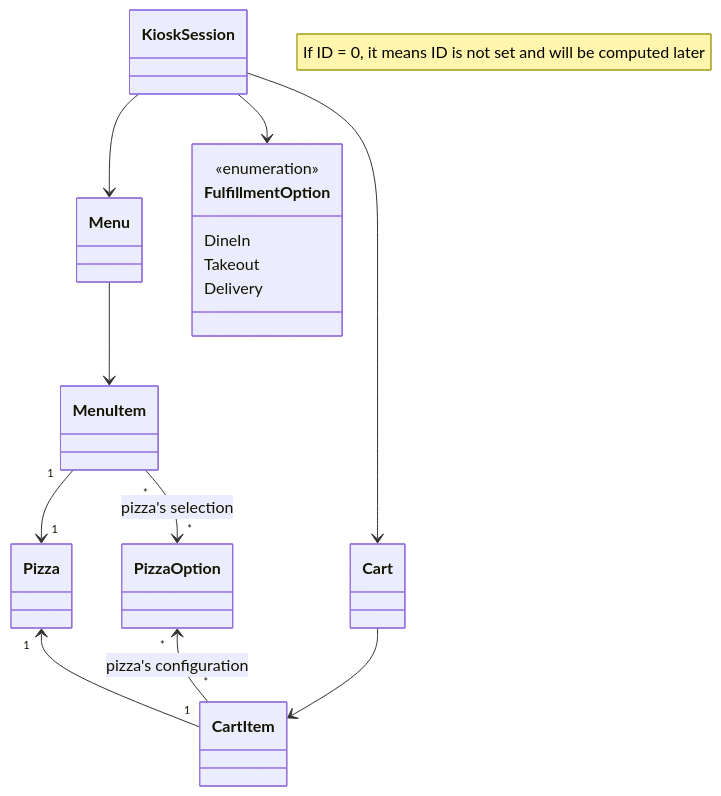
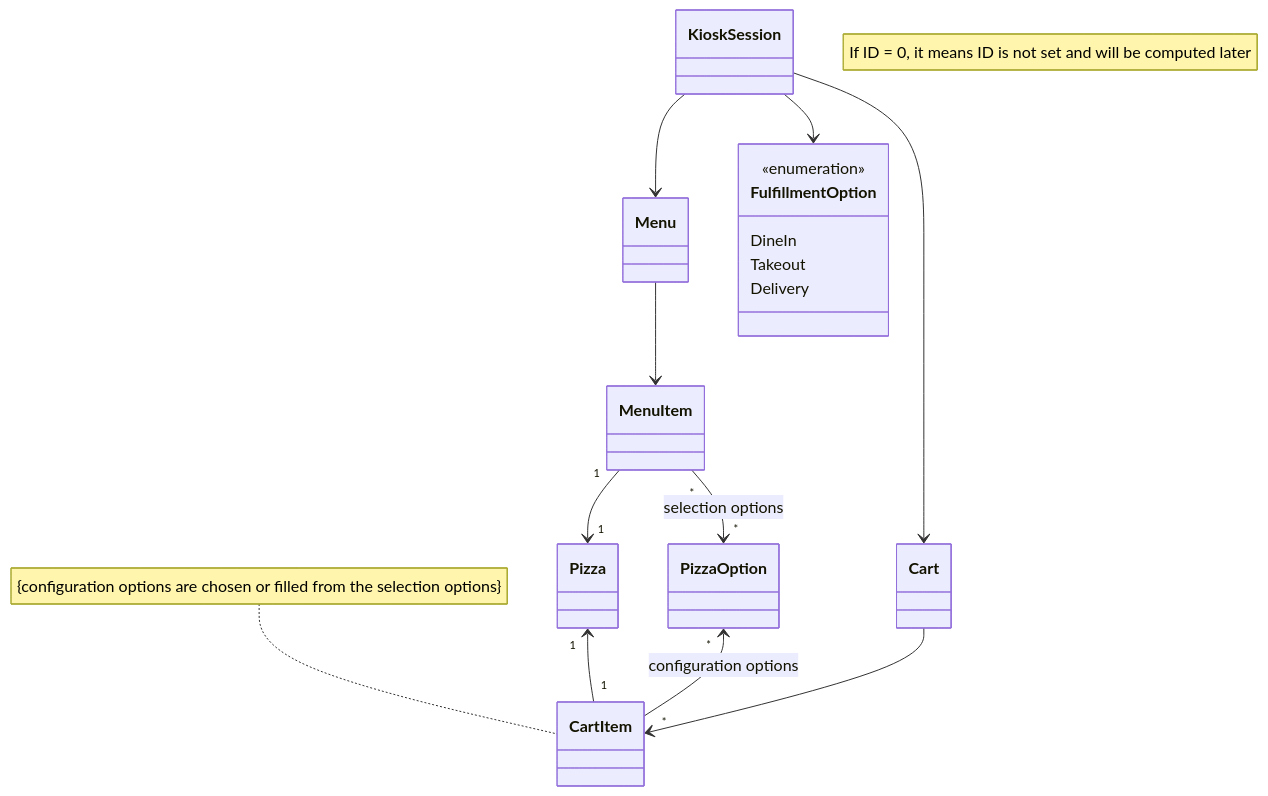
One commit to ekral/Utb.PizzaKiosk changed the diagram in README.md. Above: the diagram before and after it, drawn with Mermaid.

````diff
--- a/README.md
+++ b/README.md
@@ -160,27 +160,28 @@
 ```mermaid
  classDiagram
    note "If ID = 0, it means ID is not set and will be computed later"
    %% direction LR
    class PizzaOption
    class Pizza
    class MenuItem
    class Menu
    class CartItem
    class Cart
    class FulfillmentOption{
       <<enumeration>>
       DineIn
       Takeout
       Delivery
    }
    class KioskSession
    MenuItem "1" --> "1"  Pizza
    Pizza "1" <-- "1"  CartItem
-   MenuItem "*" --> "*"  PizzaOption : pizza's selection
-   PizzaOption "*" <-- "*" CartItem : pizza's configuration
+   MenuItem "*" --> "*"  PizzaOption : selection options
+   PizzaOption "*" <-- "*" CartItem : configuration options
    Menu --> MenuItem
    Cart --> CartItem
+   note for CartItem "{configuration options are chosen or filled from the selection options}"
    KioskSession --> Cart
    KioskSession --> FulfillmentOption
    KioskSession --> Menu
 ```
````
